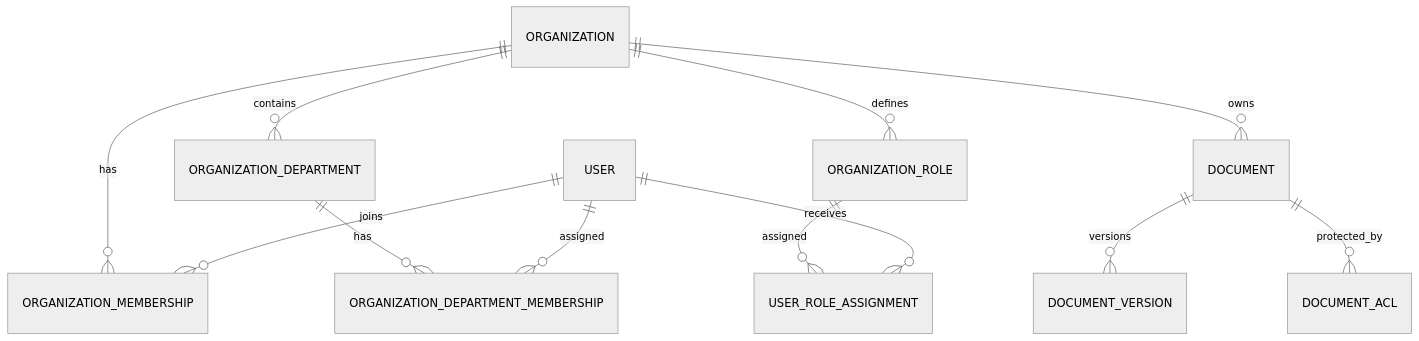
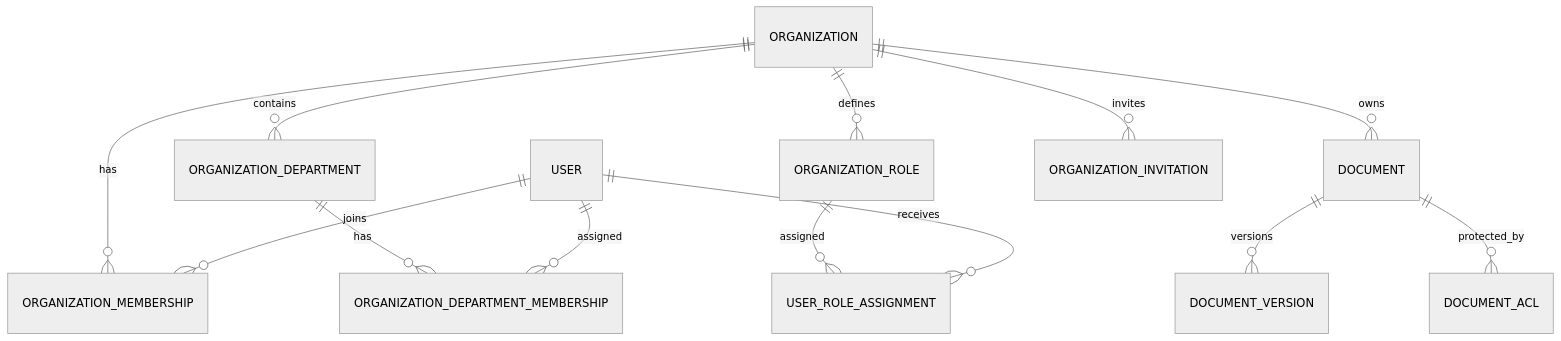
Before and after one commit to aasifmiya11/SaviraCortex-v0.1-Backend: the diagram in docs/06-database-design.md, drawn with Mermaid (neutral theme). The commit also changed other lines of this file and 27 other files, not shown here.

````diff
--- a/docs/06-database-design.md
+++ b/docs/06-database-design.md
@@ -27,14 +30,15 @@
 ```mermaid
 erDiagram
  ORGANIZATION ||--o{ ORGANIZATION_MEMBERSHIP : has
  USER ||--o{ ORGANIZATION_MEMBERSHIP : joins
  ORGANIZATION ||--o{ ORGANIZATION_DEPARTMENT : contains
  ORGANIZATION_DEPARTMENT ||--o{ ORGANIZATION_DEPARTMENT_MEMBERSHIP : has
  USER ||--o{ ORGANIZATION_DEPARTMENT_MEMBERSHIP : assigned
  ORGANIZATION ||--o{ ORGANIZATION_ROLE : defines
  ORGANIZATION_ROLE ||--o{ USER_ROLE_ASSIGNMENT : assigned
  USER ||--o{ USER_ROLE_ASSIGNMENT : receives
  ORGANIZATION ||--o{ DOCUMENT : owns
  DOCUMENT ||--o{ DOCUMENT_VERSION : versions
  DOCUMENT ||--o{ DOCUMENT_ACL : protected_by
+ ORGANIZATION ||--o{ ORGANIZATION_INVITATION : invites
 ```
````
